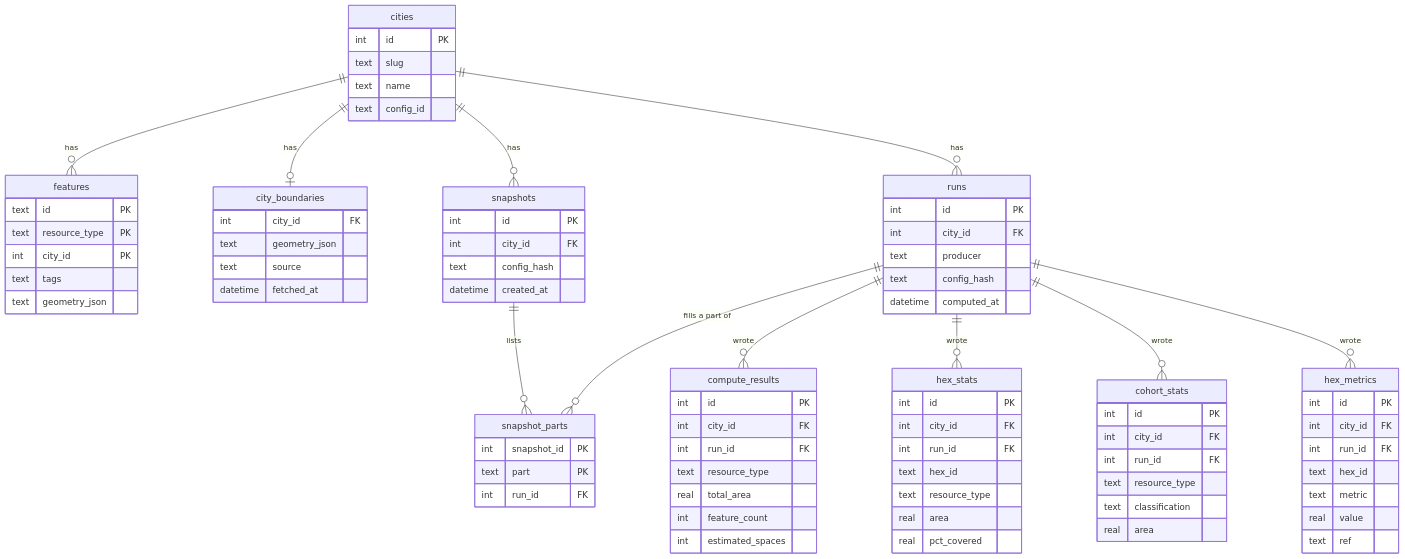
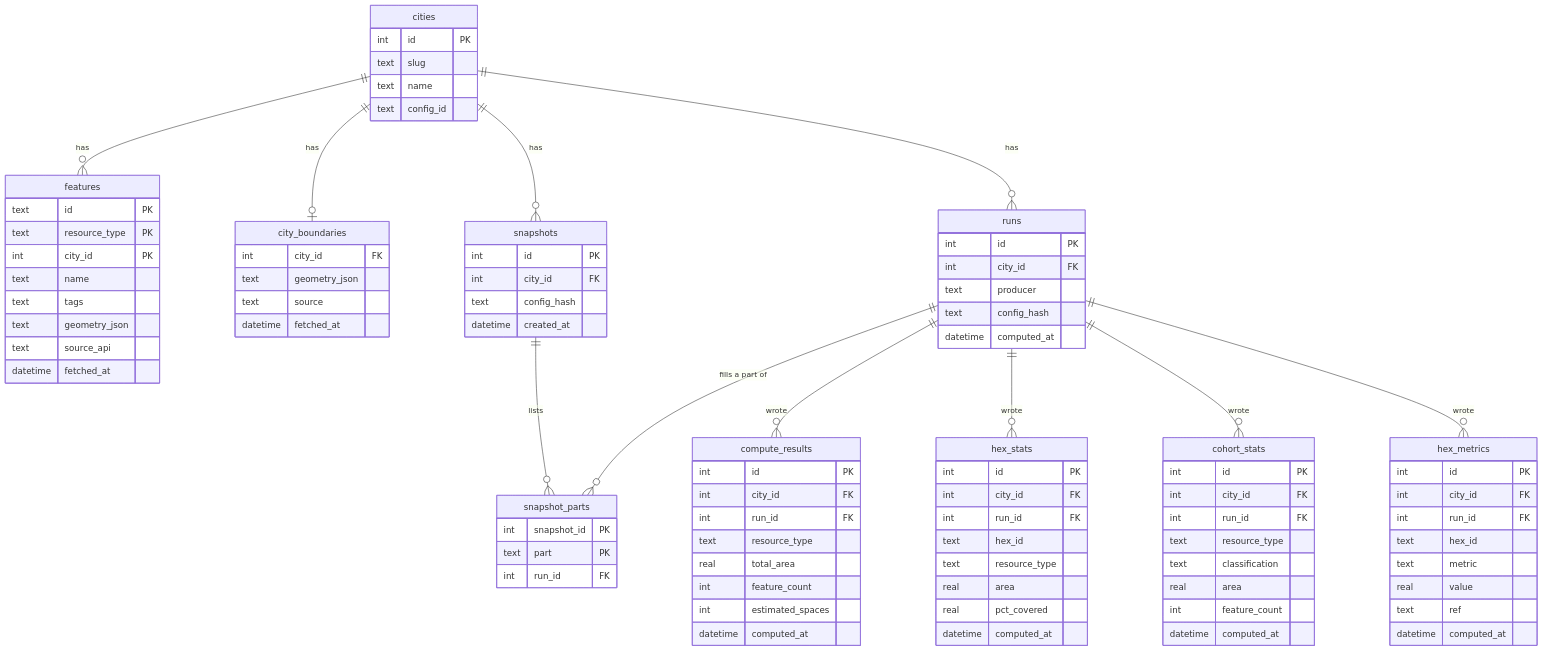
Before and after one commit to jcrussell/solvent-streets: the third of 3 diagrams in docs/architecture.md, drawn with Mermaid. The commit also changed other lines of this file and 3 other files, not shown here.

First line of the commit message:
docs: one home per topic across architecture, configuration and troubleshooting (solvent-streets-ern4.17)

````diff
--- a/docs/architecture.md
+++ b/docs/architecture.md
@@ -118,11 +147,6 @@
         text name
         text config_id
     }
-    %% Unique key is the composite (slug, config_id), not slug alone.
-    %% A city pulled in via [[include]] carries its SOURCE config's id, so a
-    %% union config resolves to the declaring example's row rather than
-    %% minting one of its own. See docs/configuration.md
-    %% "Config identity".
     city_boundaries {
         int city_id FK
         text geometry_json
@@ -133,8 +157,11 @@
         text id PK
         text resource_type PK
         int city_id PK
+        text name
         text tags
         text geometry_json
+        text source_api
+        datetime fetched_at
     }
     runs {
         int id PK
@@ -162,6 +189,7 @@
         real total_area
         int feature_count
         int estimated_spaces
+        datetime computed_at
     }
     hex_stats {
         int id PK
@@ -171,6 +199,7 @@
         text resource_type
         real area
         real pct_covered
+        datetime computed_at
     }
     cohort_stats {
         int id PK
@@ -179,6 +208,8 @@
         text resource_type
         text classification
         real area
+        int feature_count
+        datetime computed_at
     }
     hex_metrics {
         int id PK
@@ -188,5 +219,6 @@
         text metric
         real value
         text ref
+        datetime computed_at
     }
 ```
````
